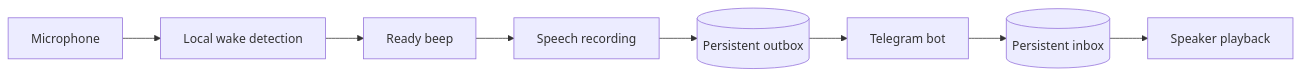
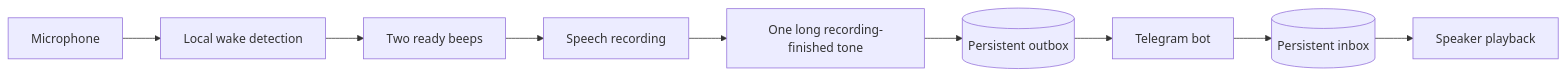
One commit to DemonGiggle/telie-talkie changed the diagram in README.md. Above: the diagram before and after it, drawn with Mermaid. The commit also changed other lines of this file and 5 other files, not shown here.

````diff
--- a/README.md
+++ b/README.md
@@ -90,10 +90,11 @@
 ```mermaid
 flowchart LR
     M[Microphone] --> W[Local wake detection]
-    W --> B[Ready beep]
+    W --> B[Two ready beeps]
     B --> R[Speech recording]
-    R --> O[(Persistent outbox)]
+    R --> F[One long recording-finished tone]
+    F --> O[(Persistent outbox)]
     O --> T[Telegram bot]
     T --> I[(Persistent inbox)]
     I --> P[Speaker playback]
 ```
````
